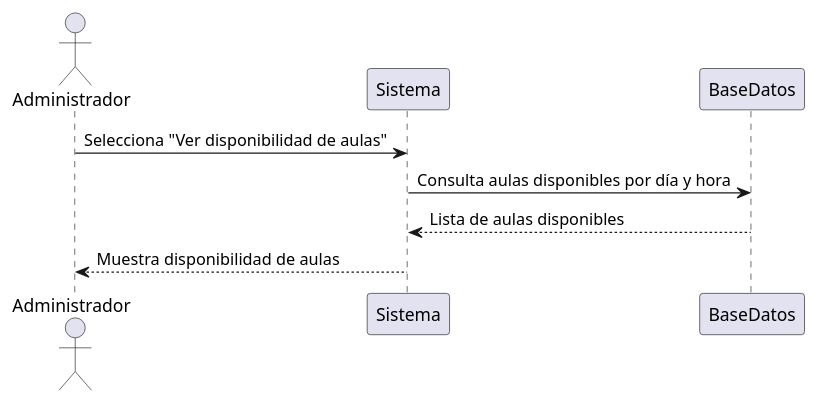
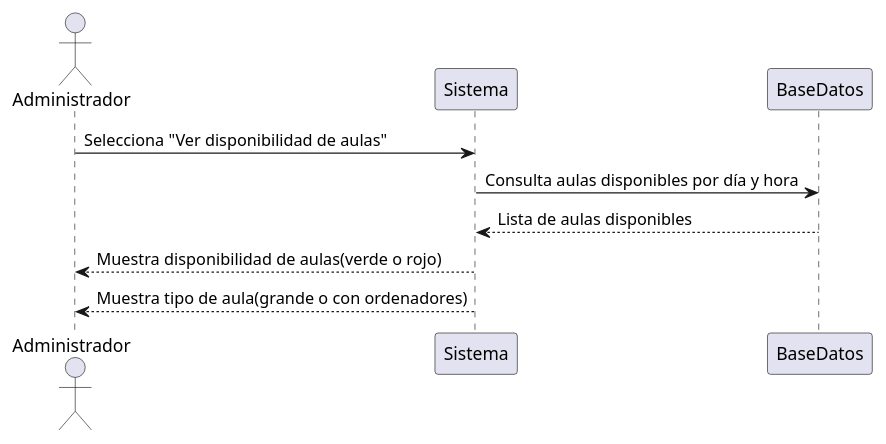
The diagram in casosDeUso/plantUML/VerDisponibilidadDeAulas.puml (mmasias/24-25-IdSw1-SDR), drawn with PlantUML before and after one commit. The commit also changed 1 other file, not shown here.

Commit message:
Cambios en caso de uso ver disponibilidad de aulas

```diff
--- a/casosDeUso/plantUML/VerDisponibilidadDeAulas.puml
+++ b/casosDeUso/plantUML/VerDisponibilidadDeAulas.puml
@@ -1,8 +1,9 @@
 @startuml
 actor Administrador as A
 
 A -> Sistema : Selecciona "Ver disponibilidad de aulas"
 Sistema -> BaseDatos : Consulta aulas disponibles por día y hora
 BaseDatos --> Sistema : Lista de aulas disponibles
-Sistema --> A : Muestra disponibilidad de aulas
+Sistema --> A : Muestra disponibilidad de aulas(verde o rojo)
+Sistema --> A : Muestra tipo de aula(grande o con ordenadores)
 @enduml
```
